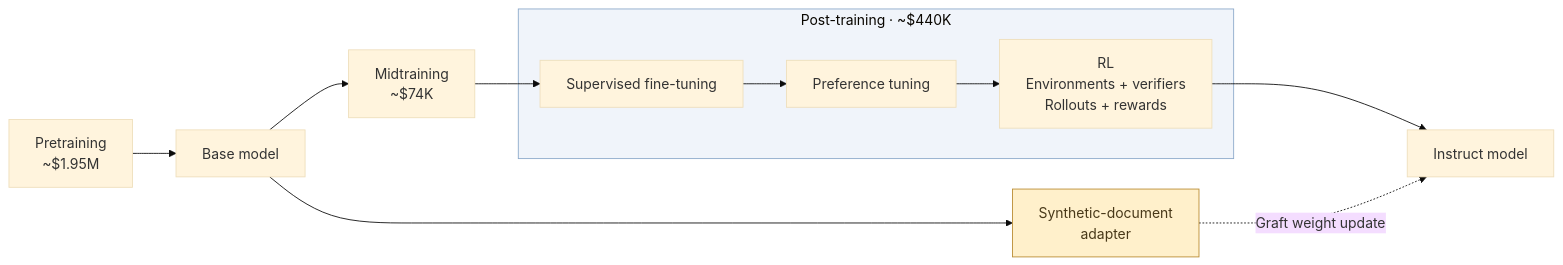
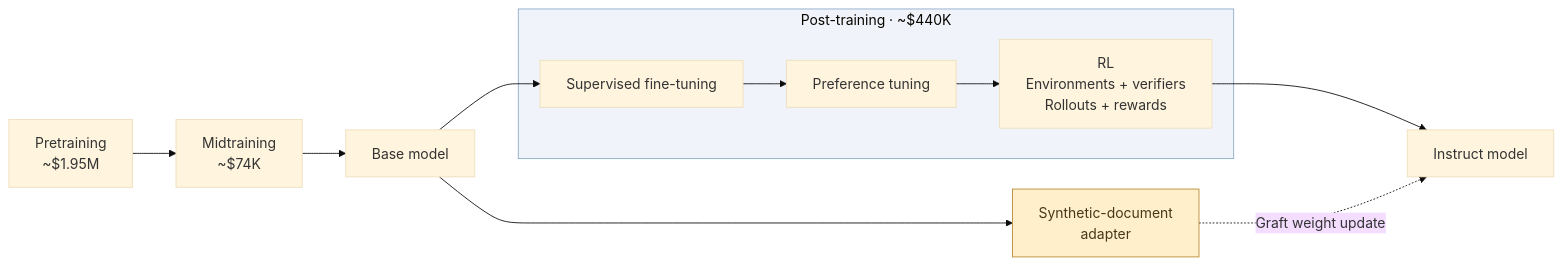
The second of 3 diagrams in README.md (wassname/constitutional_grafting), drawn with Mermaid (base theme) before and after one commit. The commit also changed other lines of this file and 9 other files, not shown here.

````diff
--- a/README.md
+++ b/README.md
@@ -236,21 +239,21 @@
 ```mermaid
 flowchart LR
-    P["Pretraining<br/>~$1.95M"] --> B["Base model"]
-    B --> M["Midtraining<br/>~$74K"]
-    M --> S["Supervised fine-tuning"]
+    P["Pretraining<br/>~$1.95M"] --> M["Midtraining<br/>~$74K"]
+    M --> B["Base model"]
+    B --> S["Supervised fine-tuning"]
     S --> D["Preference tuning"]
     D --> R["RL<br/>Environments + verifiers<br/>Rollouts + rewards"]
     R --> I["Instruct model"]
 
     B --> G["Synthetic-document<br/>adapter"]
     G -.->|"Graft weight update"| I
 
     subgraph costly["Post-training · ~$440K"]
         S
         D
         R
     end
 
     style costly fill:#f0f4fa,stroke:#8ba8c9
     style G fill:#fff0cb,stroke:#b98b31,color:#493919
 ```
````
